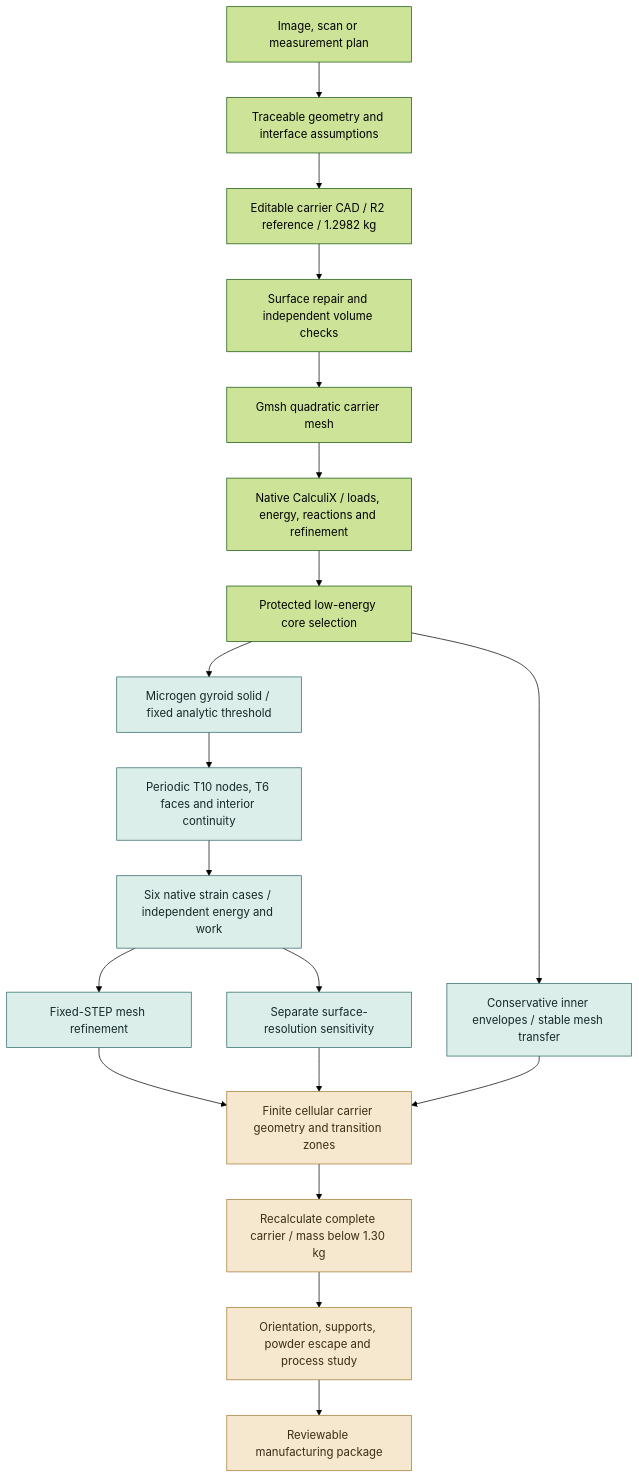
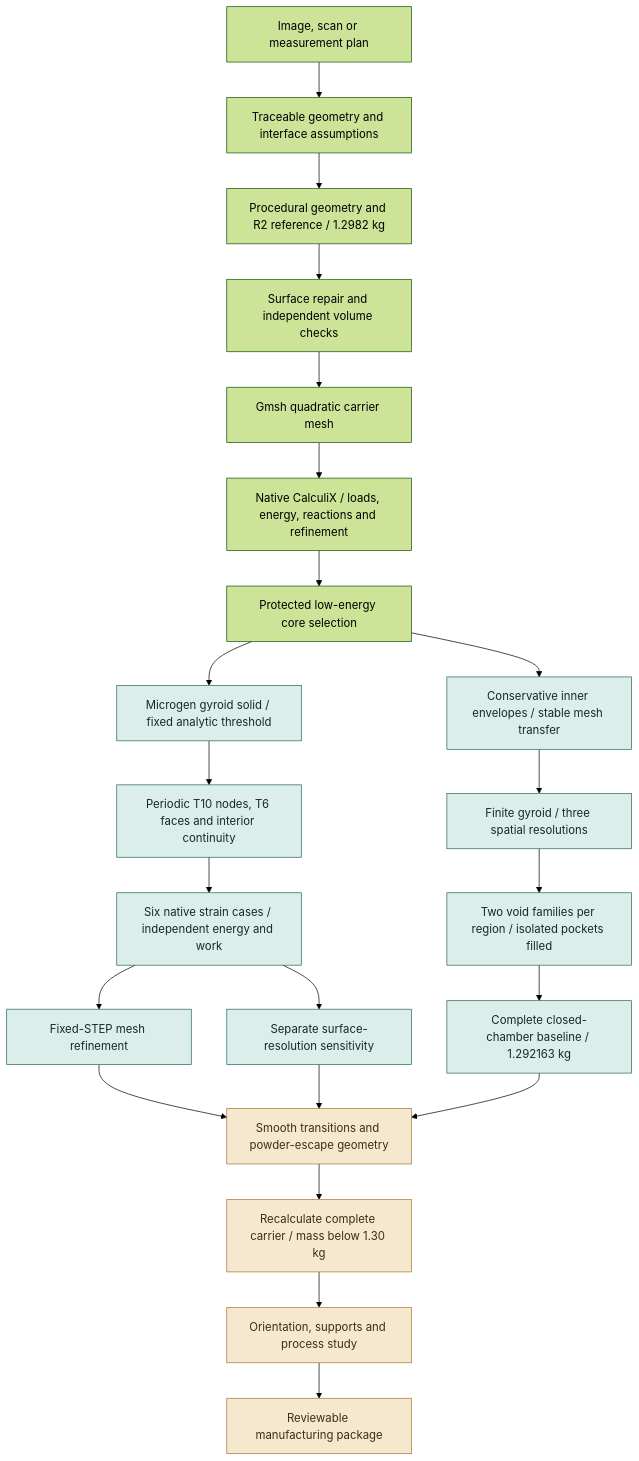
The diagram in docs/reports/carrier-interface-20261028/README.md (cluster2600/porscheparts), drawn with Mermaid (forest theme) before and after one commit. The commit also changed other lines of this file and 420 other files, not shown here.

First line of the commit message:
993 carrier: reconstruct clean internal geometry and qualify native CUDA regressions

````diff
--- a/docs/reports/carrier-interface-20261028/README.md
+++ b/docs/reports/carrier-interface-20261028/README.md
@@ -22,25 +31,28 @@
 ```mermaid
 flowchart TD
     A[Image, scan or measurement plan] --> B[Traceable geometry and interface assumptions]
-    B --> C[Editable carrier CAD / R2 reference / 1.2982 kg]
+    B --> C[Procedural geometry and R2 reference / 1.2982 kg]
     C --> D[Surface repair and independent volume checks]
     D --> E[Gmsh quadratic carrier mesh]
     E --> F[Native CalculiX / loads, energy, reactions and refinement]
     F --> G[Protected low-energy core selection]
     G --> Q[Conservative inner envelopes / stable mesh transfer]
     G --> H[Microgen gyroid solid / fixed analytic threshold]
     H --> I[Periodic T10 nodes, T6 faces and interior continuity]
     I --> J[Six native strain cases / independent energy and work]
     J --> K[Fixed-STEP mesh refinement]
     J --> L[Separate surface-resolution sensitivity]
-    K --> M[Finite cellular carrier geometry and transition zones]
+    K --> M[Smooth transitions and powder-escape geometry]
     L --> M
-    Q --> M
+    Q --> V[Finite gyroid / three spatial resolutions]
+    V --> W[Two void families per region / isolated pockets filled]
+    W --> Z[Complete closed-chamber baseline / 1.292163 kg]
+    Z --> M
     M --> N[Recalculate complete carrier / mass below 1.30 kg]
-    N --> O[Orientation, supports, powder escape and process study]
+    N --> O[Orientation, supports and process study]
     O --> P[Reviewable manufacturing package]
     classDef current fill:#dceeea,stroke:#286864,color:#142a29;
     classDef pending fill:#f5e8cf,stroke:#a47935,color:#3b2e17;
-    class H,I,J,K,L,Q current;
+    class H,I,J,K,L,Q,V,W,Z current;
     class M,N,O,P pending;
 ```
````
